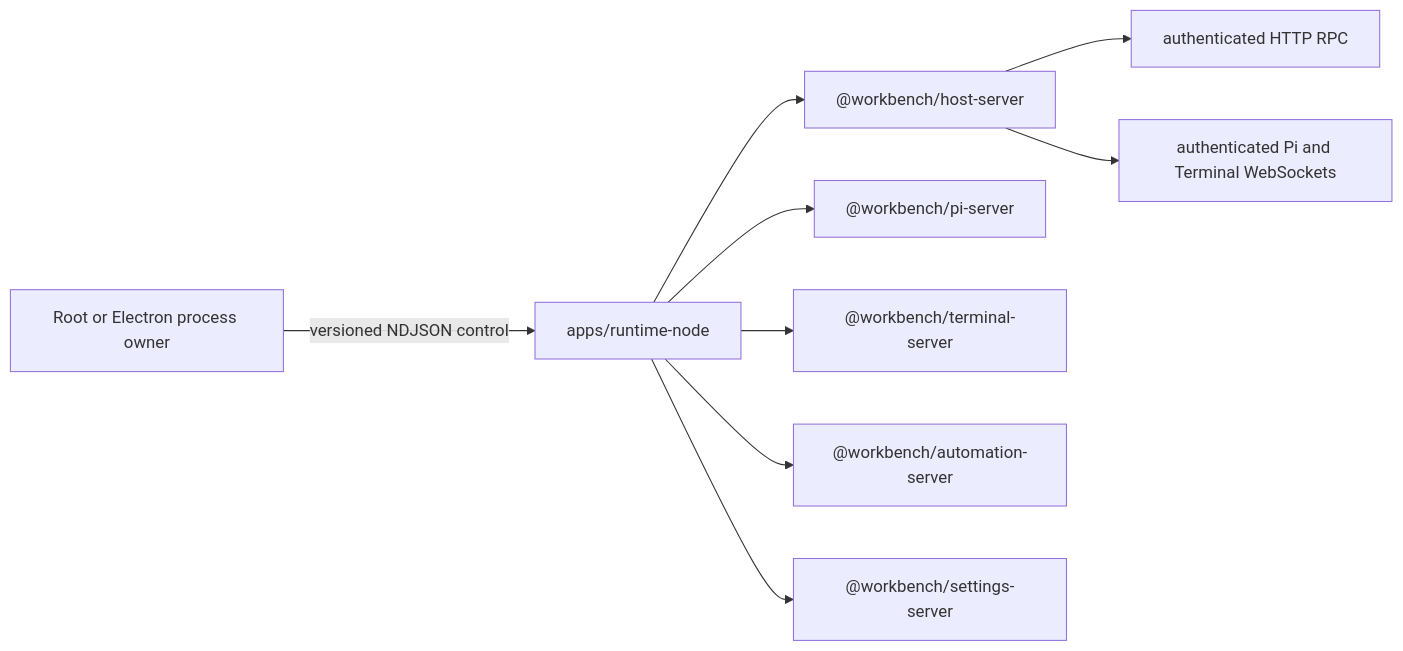
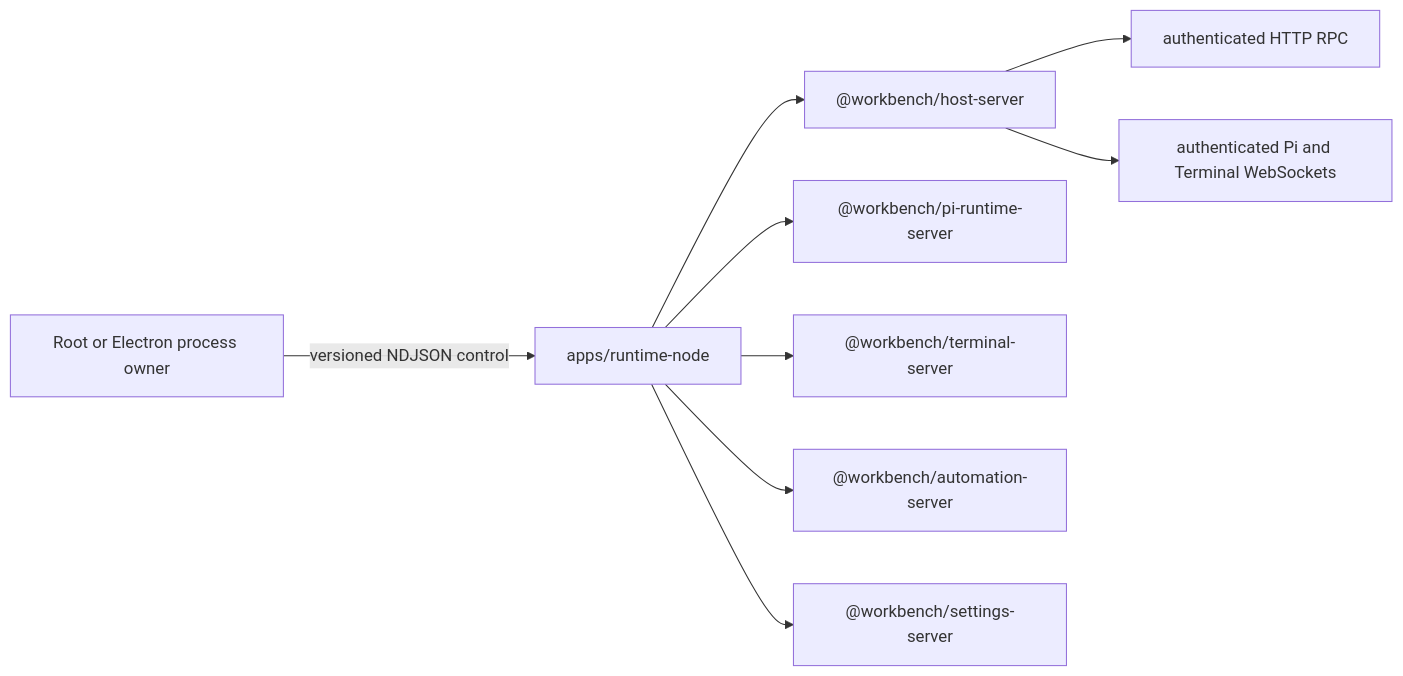
Before and after one commit to yyy0107/pi-workbench: the diagram in apps/runtime-node/README.md, drawn with Mermaid. The commit also changed other lines of this file and 1202 other files, not shown here.

````diff
--- a/apps/runtime-node/README.md
+++ b/apps/runtime-node/README.md
@@ -8,11 +8,11 @@
 ```mermaid
 flowchart LR
   OWNER["Root or Electron process owner"] -->|"versioned NDJSON control"| APP["apps/runtime-node"]
   APP --> HOST["@workbench/host-server"]
-  APP --> PI["@workbench/pi-server"]
+  APP --> PI["@workbench/pi-runtime-server"]
   APP --> TERMINAL["@workbench/terminal-server"]
   APP --> AUTOMATION["@workbench/automation-server"]
   APP --> SETTINGS["@workbench/settings-server"]
   HOST --> HTTP["authenticated HTTP RPC"]
   HOST --> WS["authenticated Pi and Terminal WebSockets"]
 ```
````
